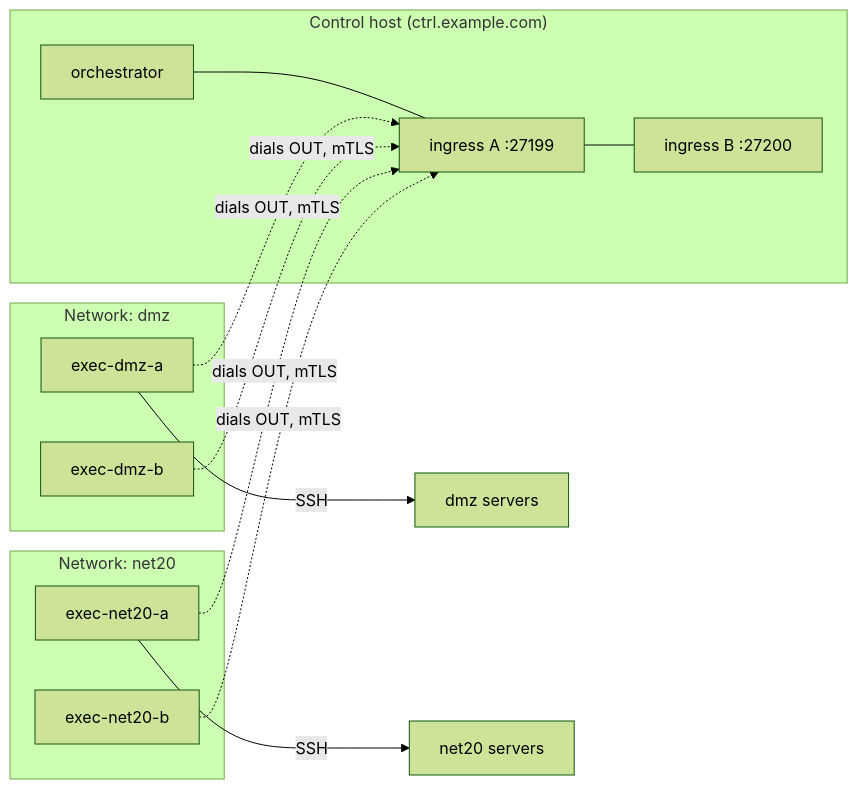
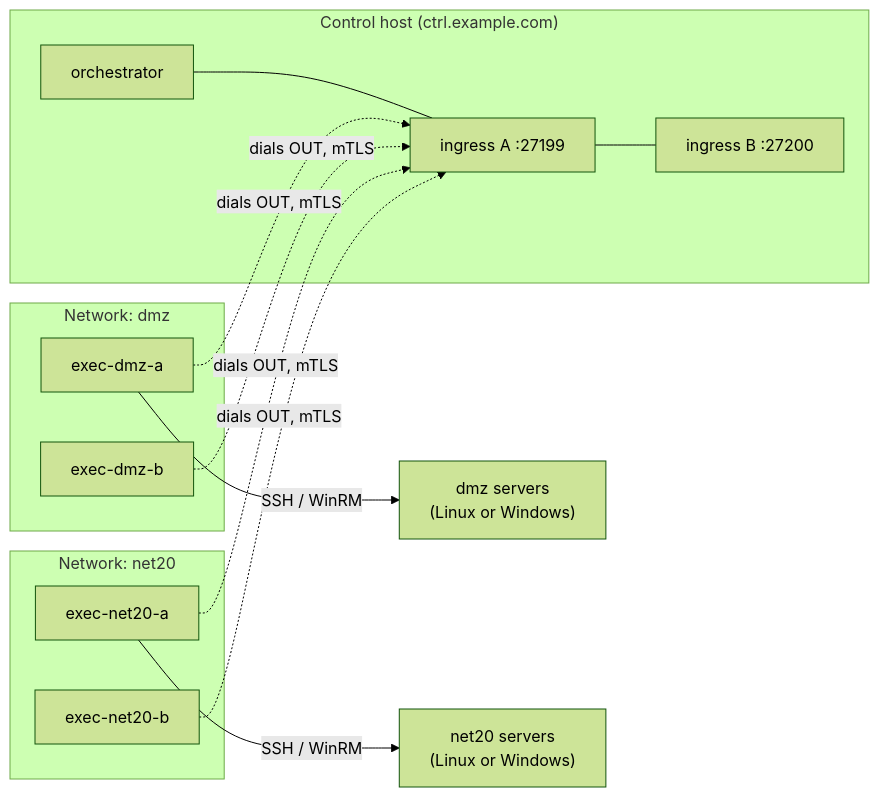
Before and after one commit to allamiro/ansible-controller: the diagram in mesh/EXTERNAL-CA.md, drawn with Mermaid (forest theme). The commit also changed other lines of this file and 1 other file, not shown here.

First line of the commit message:
docs(mesh): Windows/WinRM coverage in mesh network docs (#98)

````diff
--- a/mesh/EXTERNAL-CA.md
+++ b/mesh/EXTERNAL-CA.md
@@ -24,15 +24,15 @@
 ```mermaid
 flowchart LR
     subgraph ctl["Control host (ctrl.example.com)"]
         O["orchestrator"] --- A["ingress A :27199"] --- B["ingress B :27200"]
     end
     subgraph dmz["Network: dmz"]
         N1["exec-dmz-a"] ; N2["exec-dmz-b"]
     end
     subgraph net20["Network: net20"]
         N3["exec-net20-a"] ; N4["exec-net20-b"]
     end
     N1 & N2 & N3 & N4 -. "dials OUT, mTLS" .-> A
-    N1 -- SSH --> T1["dmz servers"]
-    N3 -- SSH --> T2["net20 servers"]
+    N1 -- "SSH / WinRM" --> T1["dmz servers<br/>(Linux or Windows)"]
+    N3 -- "SSH / WinRM" --> T2["net20 servers<br/>(Linux or Windows)"]
 ```
````
